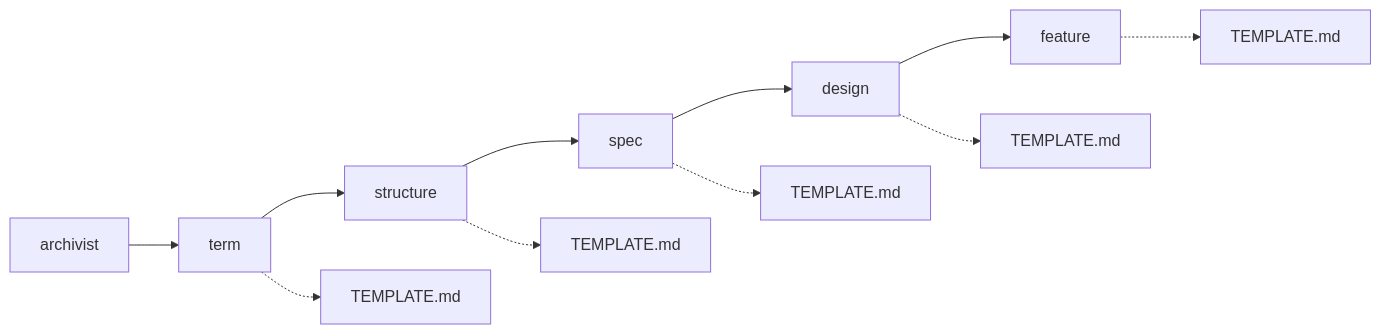
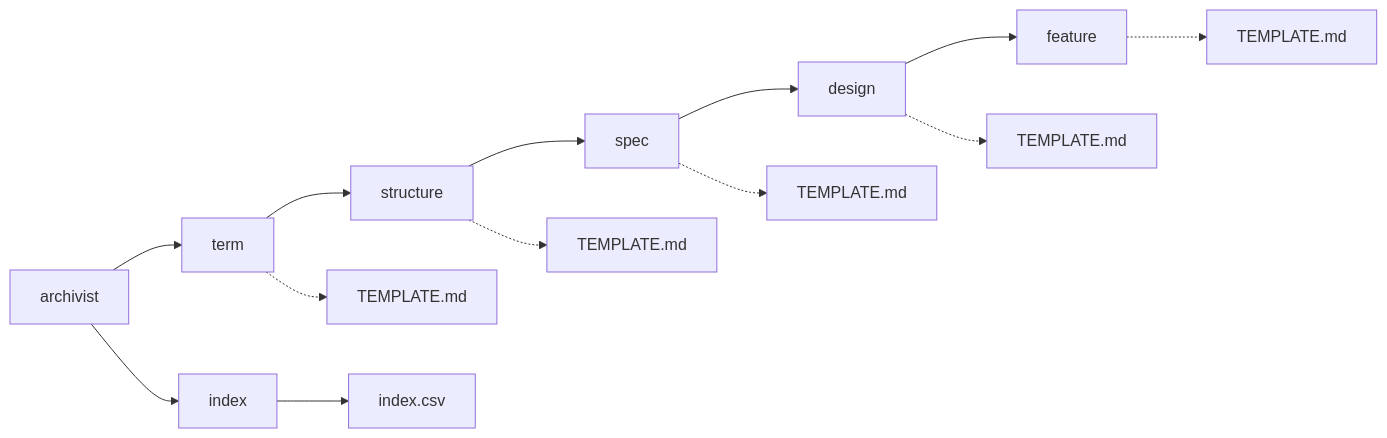
The diagram in docs/archivist/L2_designs/archivist.md (gameundwatch/archivist), drawn with Mermaid before and after one commit. The commit also changed other lines of this file and 5 other files, not shown here.

````diff
--- a/docs/archivist/L2_designs/archivist.md
+++ b/docs/archivist/L2_designs/archivist.md
@@ -16,9 +17,10 @@
 ```mermaid
 flowchart LR
     A[archivist] --> T[term] --> S[structure] --> SP[spec] --> D[design] --> F[feature]
+    A --> IX[index] --> CSV["index.csv"]
     T -.-> TT["TEMPLATE.md"]
     S -.-> TS["TEMPLATE.md"]
     SP -.-> TP["TEMPLATE.md"]
     D -.-> TD["TEMPLATE.md"]
     F -.-> TF["TEMPLATE.md"]
 ```
````
